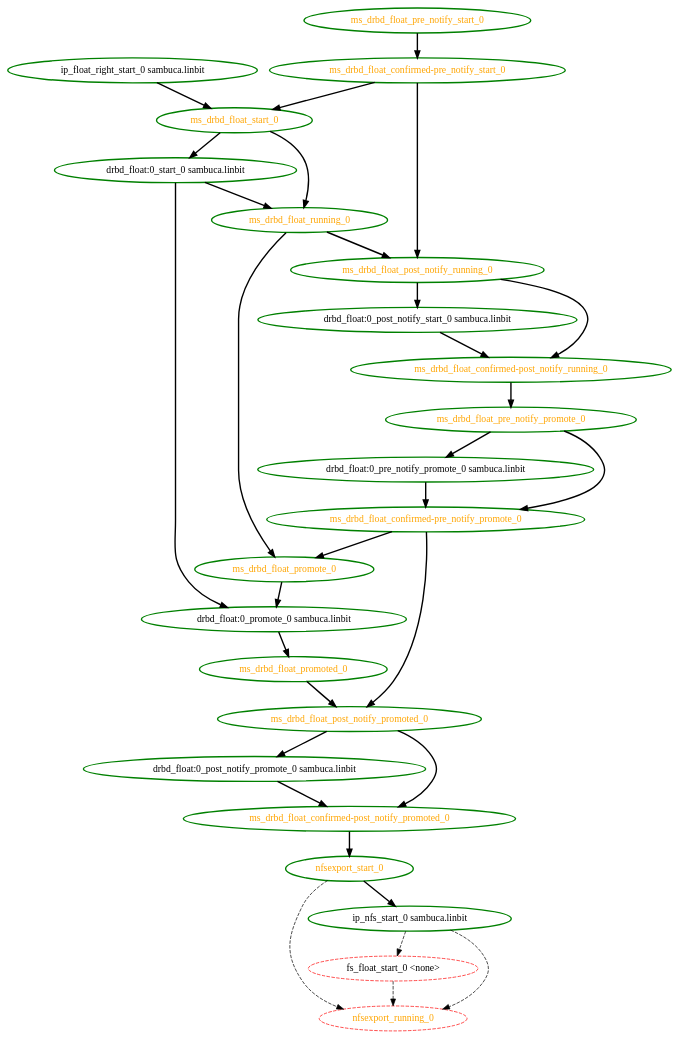
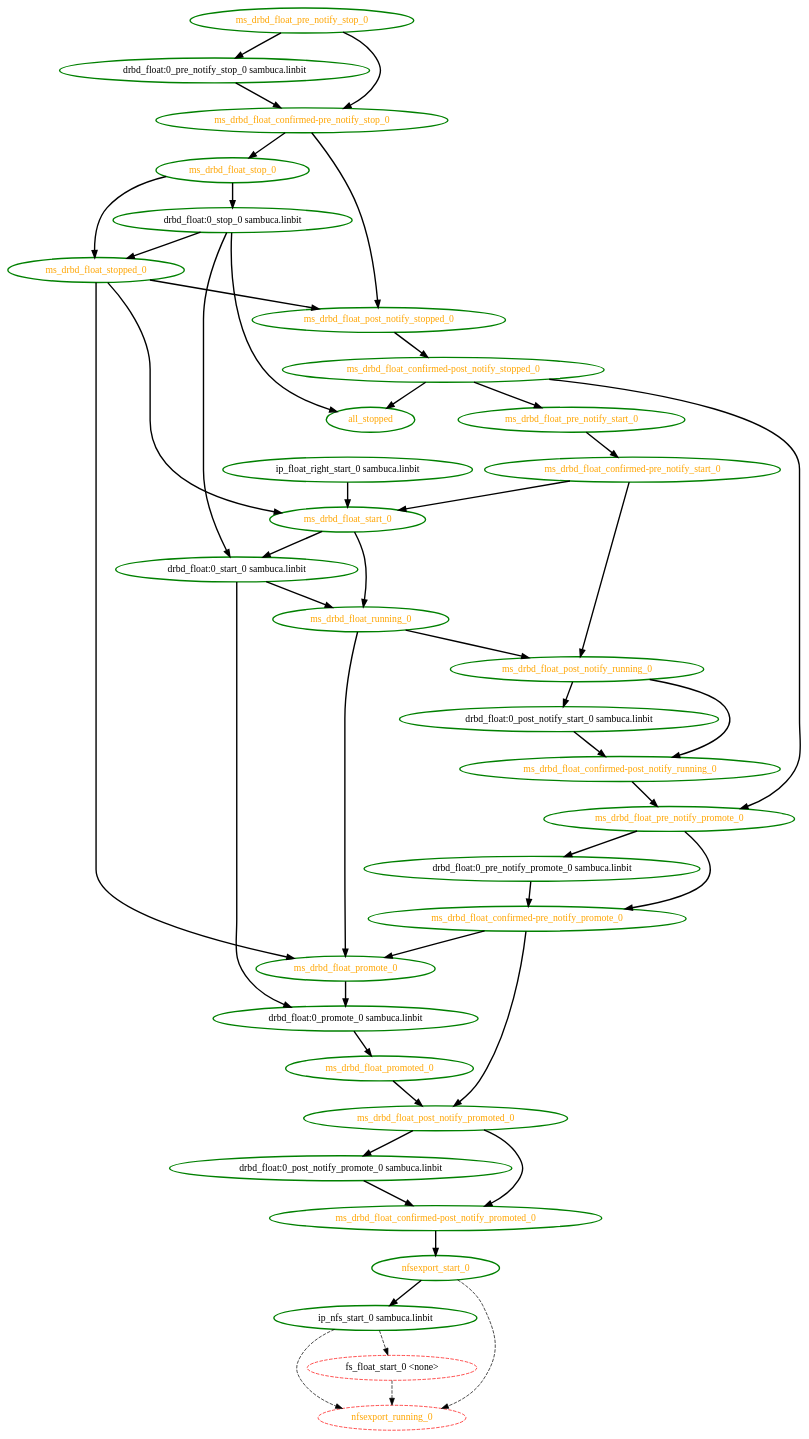
One commit to ClusterLabs/pacemaker changed the diagram in pengine/test10/master-pseudo.dot. Above: the diagram before and after it, drawn with Graphviz. The commit also changed 10 other files, not shown here.

```diff
--- a/pengine/test10/master-pseudo.dot
+++ b/pengine/test10/master-pseudo.dot
@@ -1,55 +1,81 @@
 digraph "g" {
+"all_stopped" [ style=bold color="green" fontcolor="orange" ]
 "drbd_float:0_post_notify_promote_0 sambuca.linbit" -> "ms_drbd_float_confirmed-post_notify_promoted_0" [ style = bold]
 "drbd_float:0_post_notify_promote_0 sambuca.linbit" [ style=bold color="green" fontcolor="black" ]
 "drbd_float:0_post_notify_start_0 sambuca.linbit" -> "ms_drbd_float_confirmed-post_notify_running_0" [ style = bold]
 "drbd_float:0_post_notify_start_0 sambuca.linbit" [ style=bold color="green" fontcolor="black" ]
 "drbd_float:0_pre_notify_promote_0 sambuca.linbit" -> "ms_drbd_float_confirmed-pre_notify_promote_0" [ style = bold]
 "drbd_float:0_pre_notify_promote_0 sambuca.linbit" [ style=bold color="green" fontcolor="black" ]
+"drbd_float:0_pre_notify_stop_0 sambuca.linbit" -> "ms_drbd_float_confirmed-pre_notify_stop_0" [ style = bold]
+"drbd_float:0_pre_notify_stop_0 sambuca.linbit" [ style=bold color="green" fontcolor="black" ]
 "drbd_float:0_promote_0 sambuca.linbit" -> "ms_drbd_float_promoted_0" [ style = bold]
 "drbd_float:0_promote_0 sambuca.linbit" [ style=bold color="green" fontcolor="black" ]
 "drbd_float:0_start_0 sambuca.linbit" -> "drbd_float:0_promote_0 sambuca.linbit" [ style = bold]
 "drbd_float:0_start_0 sambuca.linbit" -> "ms_drbd_float_running_0" [ style = bold]
 "drbd_float:0_start_0 sambuca.linbit" [ style=bold color="green" fontcolor="black" ]
+"drbd_float:0_stop_0 sambuca.linbit" -> "all_stopped" [ style = bold]
+"drbd_float:0_stop_0 sambuca.linbit" -> "drbd_float:0_start_0 sambuca.linbit" [ style = bold]
+"drbd_float:0_stop_0 sambuca.linbit" -> "ms_drbd_float_stopped_0" [ style = bold]
+"drbd_float:0_stop_0 sambuca.linbit" [ style=bold color="green" fontcolor="black" ]
 "fs_float_start_0 <none>" -> "nfsexport_running_0" [ style = dashed]
 "fs_float_start_0 <none>" [ style=dashed color="red" fontcolor="black" ]
 "ip_float_right_start_0 sambuca.linbit" -> "ms_drbd_float_start_0" [ style = bold]
 "ip_float_right_start_0 sambuca.linbit" [ style=bold color="green" fontcolor="black" ]
 "ip_nfs_start_0 sambuca.linbit" -> "fs_float_start_0 <none>" [ style = dashed]
 "ip_nfs_start_0 sambuca.linbit" -> "nfsexport_running_0" [ style = dashed]
 "ip_nfs_start_0 sambuca.linbit" [ style=bold color="green" fontcolor="black" ]
 "ms_drbd_float_confirmed-post_notify_promoted_0" -> "nfsexport_start_0" [ style = bold]
 "ms_drbd_float_confirmed-post_notify_promoted_0" [ style=bold color="green" fontcolor="orange" ]
 "ms_drbd_float_confirmed-post_notify_running_0" -> "ms_drbd_float_pre_notify_promote_0" [ style = bold]
 "ms_drbd_float_confirmed-post_notify_running_0" [ style=bold color="green" fontcolor="orange" ]
+"ms_drbd_float_confirmed-post_notify_stopped_0" -> "all_stopped" [ style = bold]
+"ms_drbd_float_confirmed-post_notify_stopped_0" -> "ms_drbd_float_pre_notify_promote_0" [ style = bold]
+"ms_drbd_float_confirmed-post_notify_stopped_0" -> "ms_drbd_float_pre_notify_start_0" [ style = bold]
+"ms_drbd_float_confirmed-post_notify_stopped_0" [ style=bold color="green" fontcolor="orange" ]
 "ms_drbd_float_confirmed-pre_notify_promote_0" -> "ms_drbd_float_post_notify_promoted_0" [ style = bold]
 "ms_drbd_float_confirmed-pre_notify_promote_0" -> "ms_drbd_float_promote_0" [ style = bold]
 "ms_drbd_float_confirmed-pre_notify_promote_0" [ style=bold color="green" fontcolor="orange" ]
 "ms_drbd_float_confirmed-pre_notify_start_0" -> "ms_drbd_float_post_notify_running_0" [ style = bold]
 "ms_drbd_float_confirmed-pre_notify_start_0" -> "ms_drbd_float_start_0" [ style = bold]
 "ms_drbd_float_confirmed-pre_notify_start_0" [ style=bold color="green" fontcolor="orange" ]
+"ms_drbd_float_confirmed-pre_notify_stop_0" -> "ms_drbd_float_post_notify_stopped_0" [ style = bold]
+"ms_drbd_float_confirmed-pre_notify_stop_0" -> "ms_drbd_float_stop_0" [ style = bold]
+"ms_drbd_float_confirmed-pre_notify_stop_0" [ style=bold color="green" fontcolor="orange" ]
 "ms_drbd_float_post_notify_promoted_0" -> "drbd_float:0_post_notify_promote_0 sambuca.linbit" [ style = bold]
 "ms_drbd_float_post_notify_promoted_0" -> "ms_drbd_float_confirmed-post_notify_promoted_0" [ style = bold]
 "ms_drbd_float_post_notify_promoted_0" [ style=bold color="green" fontcolor="orange" ]
 "ms_drbd_float_post_notify_running_0" -> "drbd_float:0_post_notify_start_0 sambuca.linbit" [ style = bold]
 "ms_drbd_float_post_notify_running_0" -> "ms_drbd_float_confirmed-post_notify_running_0" [ style = bold]
 "ms_drbd_float_post_notify_running_0" [ style=bold color="green" fontcolor="orange" ]
+"ms_drbd_float_post_notify_stopped_0" -> "ms_drbd_float_confirmed-post_notify_stopped_0" [ style = bold]
+"ms_drbd_float_post_notify_stopped_0" [ style=bold color="green" fontcolor="orange" ]
 "ms_drbd_float_pre_notify_promote_0" -> "drbd_float:0_pre_notify_promote_0 sambuca.linbit" [ style = bold]
 "ms_drbd_float_pre_notify_promote_0" -> "ms_drbd_float_confirmed-pre_notify_promote_0" [ style = bold]
 "ms_drbd_float_pre_notify_promote_0" [ style=bold color="green" fontcolor="orange" ]
 "ms_drbd_float_pre_notify_start_0" -> "ms_drbd_float_confirmed-pre_notify_start_0" [ style = bold]
 "ms_drbd_float_pre_notify_start_0" [ style=bold color="green" fontcolor="orange" ]
+"ms_drbd_float_pre_notify_stop_0" -> "drbd_float:0_pre_notify_stop_0 sambuca.linbit" [ style = bold]
+"ms_drbd_float_pre_notify_stop_0" -> "ms_drbd_float_confirmed-pre_notify_stop_0" [ style = bold]
+"ms_drbd_float_pre_notify_stop_0" [ style=bold color="green" fontcolor="orange" ]
 "ms_drbd_float_promote_0" -> "drbd_float:0_promote_0 sambuca.linbit" [ style = bold]
 "ms_drbd_float_promote_0" [ style=bold color="green" fontcolor="orange" ]
 "ms_drbd_float_promoted_0" -> "ms_drbd_float_post_notify_promoted_0" [ style = bold]
 "ms_drbd_float_promoted_0" [ style=bold color="green" fontcolor="orange" ]
 "ms_drbd_float_running_0" -> "ms_drbd_float_post_notify_running_0" [ style = bold]
 "ms_drbd_float_running_0" -> "ms_drbd_float_promote_0" [ style = bold]
 "ms_drbd_float_running_0" [ style=bold color="green" fontcolor="orange" ]
 "ms_drbd_float_start_0" -> "drbd_float:0_start_0 sambuca.linbit" [ style = bold]
 "ms_drbd_float_start_0" -> "ms_drbd_float_running_0" [ style = bold]
 "ms_drbd_float_start_0" [ style=bold color="green" fontcolor="orange" ]
+"ms_drbd_float_stop_0" -> "drbd_float:0_stop_0 sambuca.linbit" [ style = bold]
+"ms_drbd_float_stop_0" -> "ms_drbd_float_stopped_0" [ style = bold]
+"ms_drbd_float_stop_0" [ style=bold color="green" fontcolor="orange" ]
+"ms_drbd_float_stopped_0" -> "ms_drbd_float_post_notify_stopped_0" [ style = bold]
+"ms_drbd_float_stopped_0" -> "ms_drbd_float_promote_0" [ style = bold]
+"ms_drbd_float_stopped_0" -> "ms_drbd_float_start_0" [ style = bold]
+"ms_drbd_float_stopped_0" [ style=bold color="green" fontcolor="orange" ]
 "nfsexport_running_0" [ style=dashed color="red" fontcolor="orange" ]
 "nfsexport_start_0" -> "ip_nfs_start_0 sambuca.linbit" [ style = bold]
 "nfsexport_start_0" -> "nfsexport_running_0" [ style = dashed]
 "nfsexport_start_0" [ style=bold color="green" fontcolor="orange" ]
 }
```
